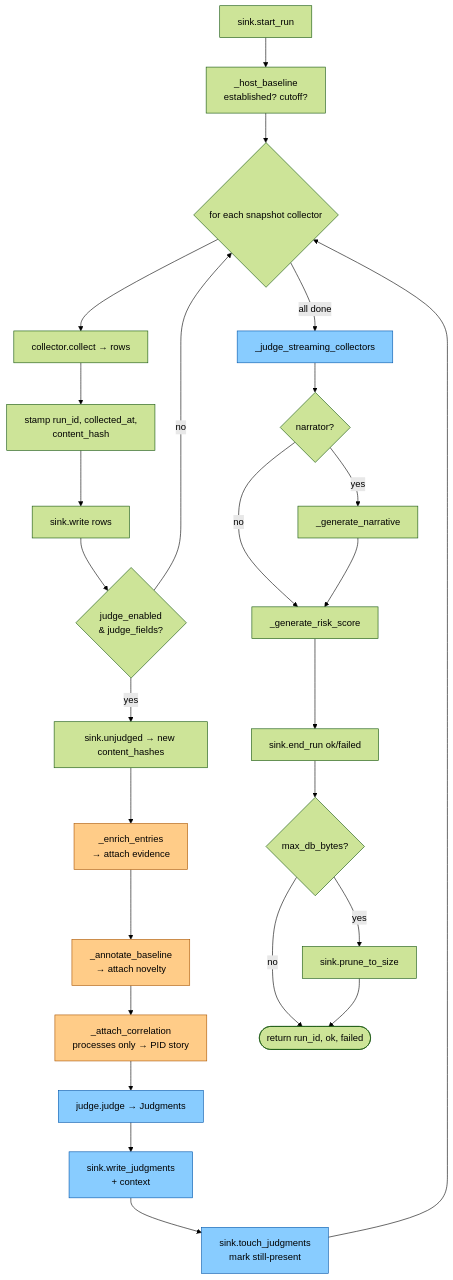
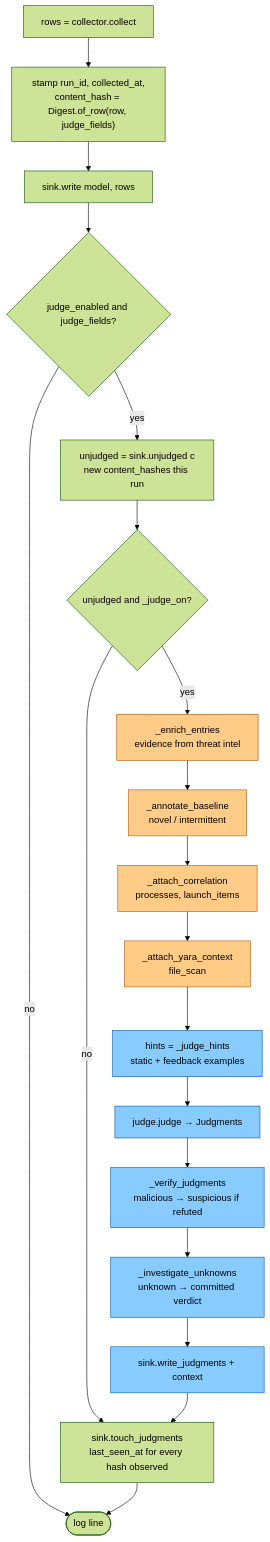
The seventh of 23 diagrams in docs/ARCHITECTURE.md (iklobato/avai), drawn with Mermaid (forest theme) before and after one commit. The commit also changed other lines of this file and 1 other file, not shown here.

First line of the commit message:
docs: refresh architecture map and replace the refactor plan

````diff
--- a/docs/ARCHITECTURE.md
+++ b/docs/ARCHITECTURE.md
@@ -409,33 +392,26 @@
 ```mermaid
 flowchart TD
-    A[sink.start_run] --> B[_host_baseline<br/>established? cutoff?]
-    B --> C{for each snapshot collector}
-    C --> D[collector.collect → rows]
-    D --> E[stamp run_id, collected_at,<br/>content_hash]
-    E --> F[sink.write rows]
-    F --> G{judge_enabled<br/>& judge_fields?}
-    G -->|no| C
-    G -->|yes| H[sink.unjudged → new content_hashes]
-    H --> I[_enrich_entries<br/>→ attach evidence]
-    I --> J[_annotate_baseline<br/>→ attach novelty]
-    J --> K[_attach_correlation<br/>processes only → PID story]
+    A[rows = collector.collect] --> B["stamp run_id, collected_at,<br/>content_hash = Digest.of_row(row, judge_fields)"]
+    B --> C[sink.write model, rows]
+    C --> D{judge_enabled and judge_fields?}
+    D -->|no| Z([log line])
+    D -->|yes| E[unjudged = sink.unjudged c<br/>new content_hashes this run]
+    E --> F{unjudged and _judge_on?}
+    F -->|no| T
+    F -->|yes| G[_enrich_entries<br/>evidence from threat intel]
+    G --> H[_annotate_baseline<br/>novel / intermittent]
+    H --> I[_attach_correlation<br/>processes, launch_items]
+    I --> J[_attach_yara_context<br/>file_scan]
+    J --> K[hints = _judge_hints<br/>static + feedback examples]
     K --> L[judge.judge → Judgments]
-    L --> M[sink.write_judgments<br/>+ context]
-    M --> N[sink.touch_judgments<br/>mark still-present]
-    N --> C
-    C -->|all done| O[_judge_streaming_collectors]
-    O --> P{narrator?}
-    P -->|yes| Q[_generate_narrative]
-    P -->|no| R
-    Q --> R[_generate_risk_score]
-    R --> S[sink.end_run ok/failed]
-    S --> T{max_db_bytes?}
-    T -->|yes| U[sink.prune_to_size]
-    T -->|no| V([return run_id, ok, failed])
-    U --> V
+    L --> M[_verify_judgments<br/>malicious → suspicious if refuted]
+    M --> N[_investigate_unknowns<br/>unknown → committed verdict]
+    N --> O[sink.write_judgments + context]
+    O --> T[sink.touch_judgments<br/>last_seen_at for every hash observed]
+    T --> Z
 
-    classDef enrich fill:#fc8,stroke:#a50
-    classDef judge fill:#8cf,stroke:#05a
-    class I,J,K enrich
-    class L,M,N,O judge
+    classDef enrich fill:#fc8,stroke:#a50,color:#000
+    classDef judge fill:#8cf,stroke:#05a,color:#000
+    class G,H,I,J enrich
+    class K,L,M,N,O judge
 ```
````
